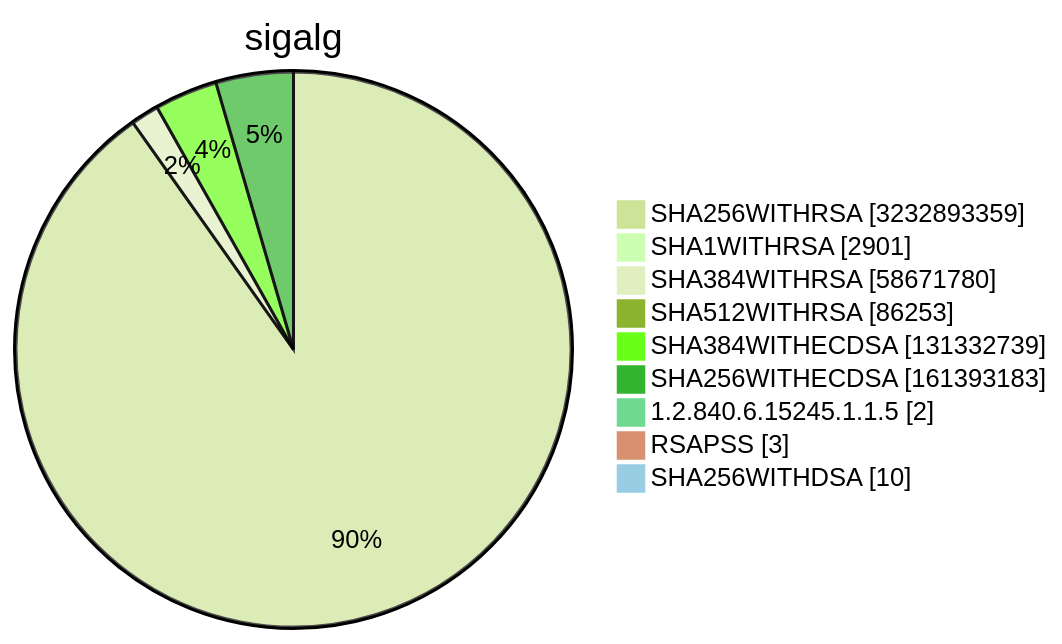
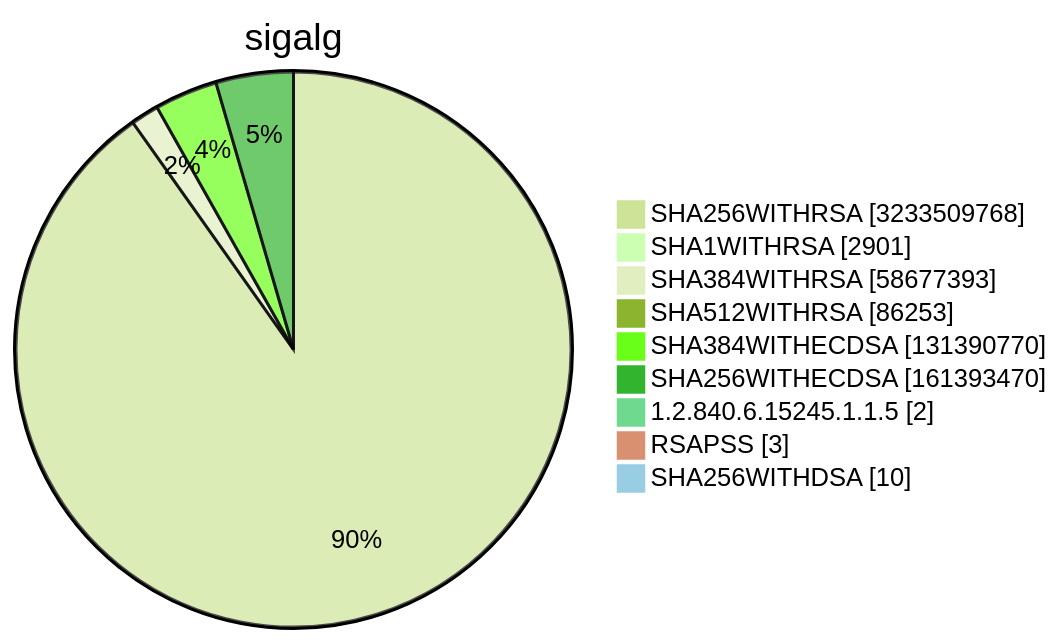
Diagram 15 of 15 in TOTAL/README.md (christiankrug/ctmonitor_visualization), drawn with Mermaid (forest theme) before and after one commit. The commit also changed other lines of this file, not shown here.

````diff
--- a/TOTAL/README.md
+++ b/TOTAL/README.md
@@ -6217,13 +6217,13 @@
 ```mermaid
 pie showData
 title sigalg
-"SHA256WITHRSA" :3232893359
+"SHA256WITHRSA" :3233509768
 "SHA1WITHRSA" :2901
-"SHA384WITHRSA" :58671780
+"SHA384WITHRSA" :58677393
 "SHA512WITHRSA" :86253
-"SHA384WITHECDSA" :131332739
-"SHA256WITHECDSA" :161393183
+"SHA384WITHECDSA" :131390770
+"SHA256WITHECDSA" :161393470
 "1.2.840.6.15245.1.1.5" :2
 "RSAPSS" :3
 "SHA256WITHDSA" :10
 ```
````
